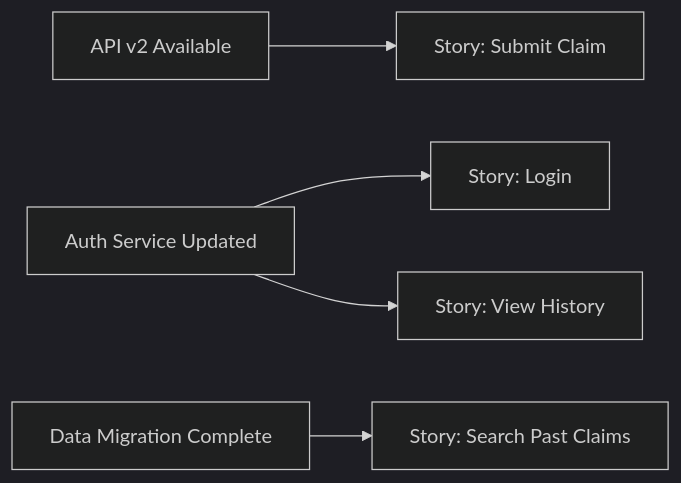
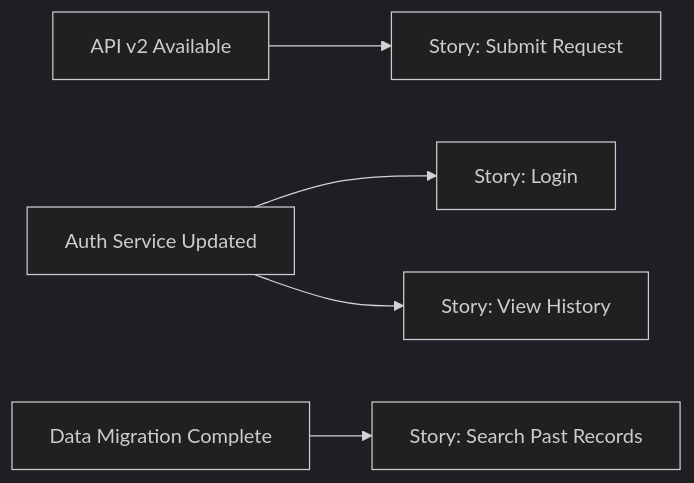
Before and after one commit to skyarkitekten/neo: the diagram in plugins/neo-product/.github/skills/neo-product-requirements/references/dependency-mapping.md, drawn with Mermaid (dark theme). The commit also changed 2 other files, not shown here.

Commit message:
fix(neo-product): genericize the Product Coach off insurance claims
The agent shipped hard-coded to a claims processing system: FNOL, HIPAA,
loss ratios, actuarial impact, and a stakeholder table of claims adjusters
and underwriters. It was vendored without being genericized.

Replace the insurance-specific lenses with domain-neutral categories the
agent derives from the consuming repo's AGENTS.md, PRDs, and ADRs, and
instruct it to ask rather than invent an industry. Same treatment for the
domain leaks in the system-thinking argument-hint and the dependency-mapping
example.

````diff
--- a/plugins/neo-product/.github/skills/neo-product-requirements/references/dependency-mapping.md
+++ b/plugins/neo-product/.github/skills/neo-product-requirements/references/dependency-mapping.md
@@ -39,7 +39,7 @@
 ```mermaid
 graph LR
-    D001[API v2 Available] --> US003[Story: Submit Claim]
+    D001[API v2 Available] --> US003[Story: Submit Request]
     D002[Auth Service Updated] --> US001[Story: Login]
     D002 --> US004[Story: View History]
-    D003[Data Migration Complete] --> US005[Story: Search Past Claims]
+    D003[Data Migration Complete] --> US005[Story: Search Past Records]
 ```
````
